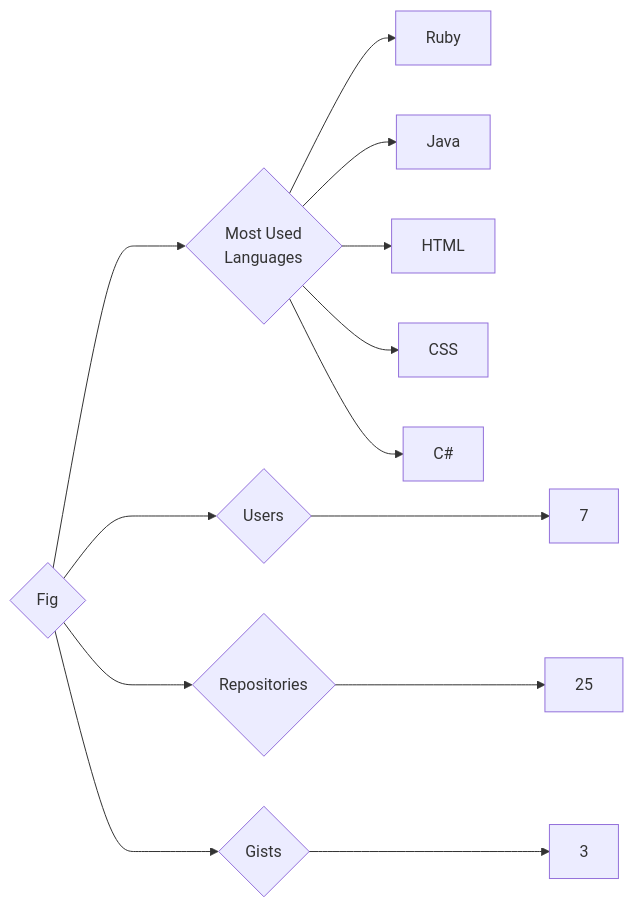
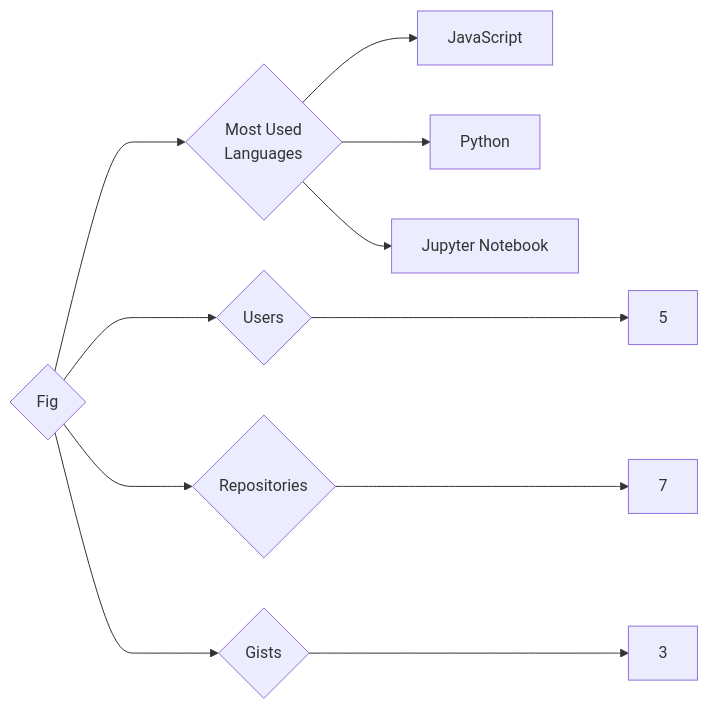
One commit to trickest/insiders changed the diagram in targets/Fig/README.md. Above: the diagram before and after it, drawn with Mermaid. The commit also changed 1170 other files, not shown here.

````diff
--- a/targets/Fig/README.md
+++ b/targets/Fig/README.md
@@ -3,13 +3,11 @@
 ```mermaid
 graph LR
 COMPANY_NAME{Fig}
-COMPANY_NAME ---> U{Users} ---> UN[7]
-COMPANY_NAME ---> R{Repositories} ---> RN[25]
+COMPANY_NAME ---> U{Users} ---> UN[5]
+COMPANY_NAME ---> R{Repositories} ---> RN[7]
 COMPANY_NAME ---> G{Gists} ---> GN[3]
 COMPANY_NAME ---> ML{Most Used<br>Languages}
-ML --> Ruby[Ruby]
-ML --> Java[Java]
-ML --> HTML[HTML]
-ML --> CSS[CSS]
-ML --> C#[C#]
+ML --> JavaScript[JavaScript]
+ML --> Python[Python]
+ML --> Jupyter_Notebook[Jupyter Notebook]
 ```
````
